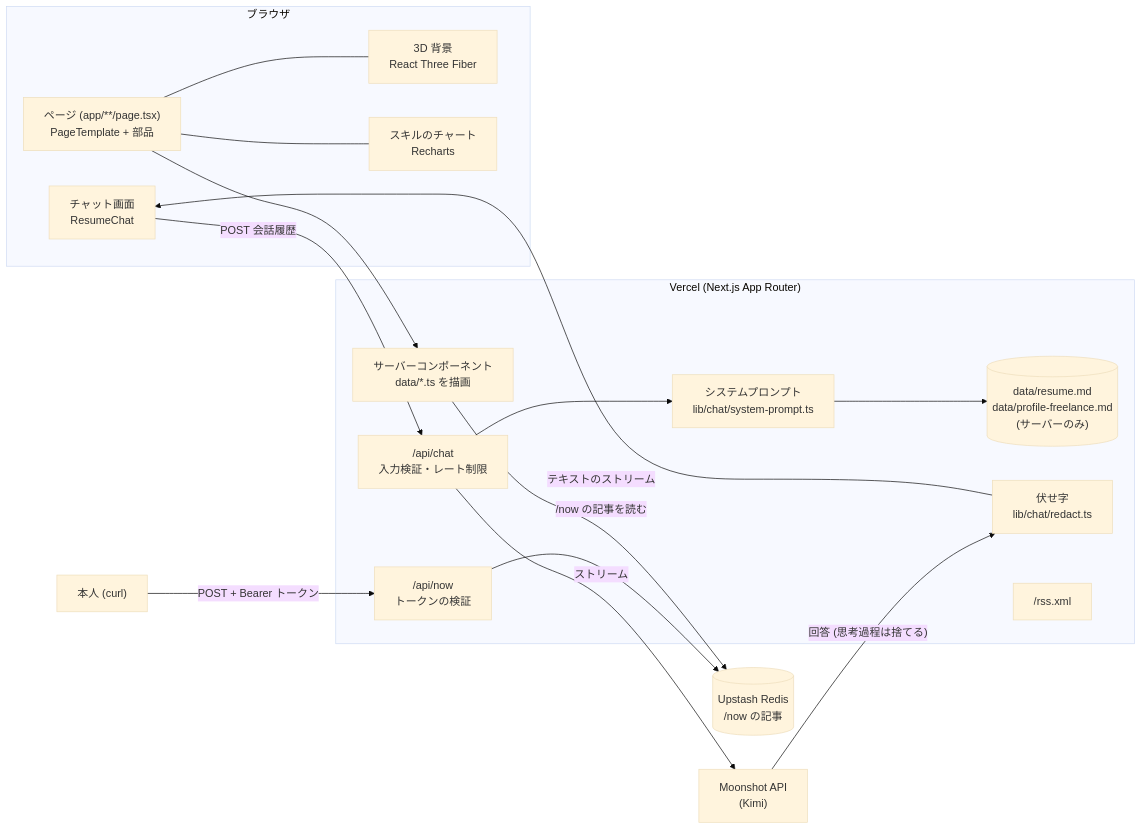
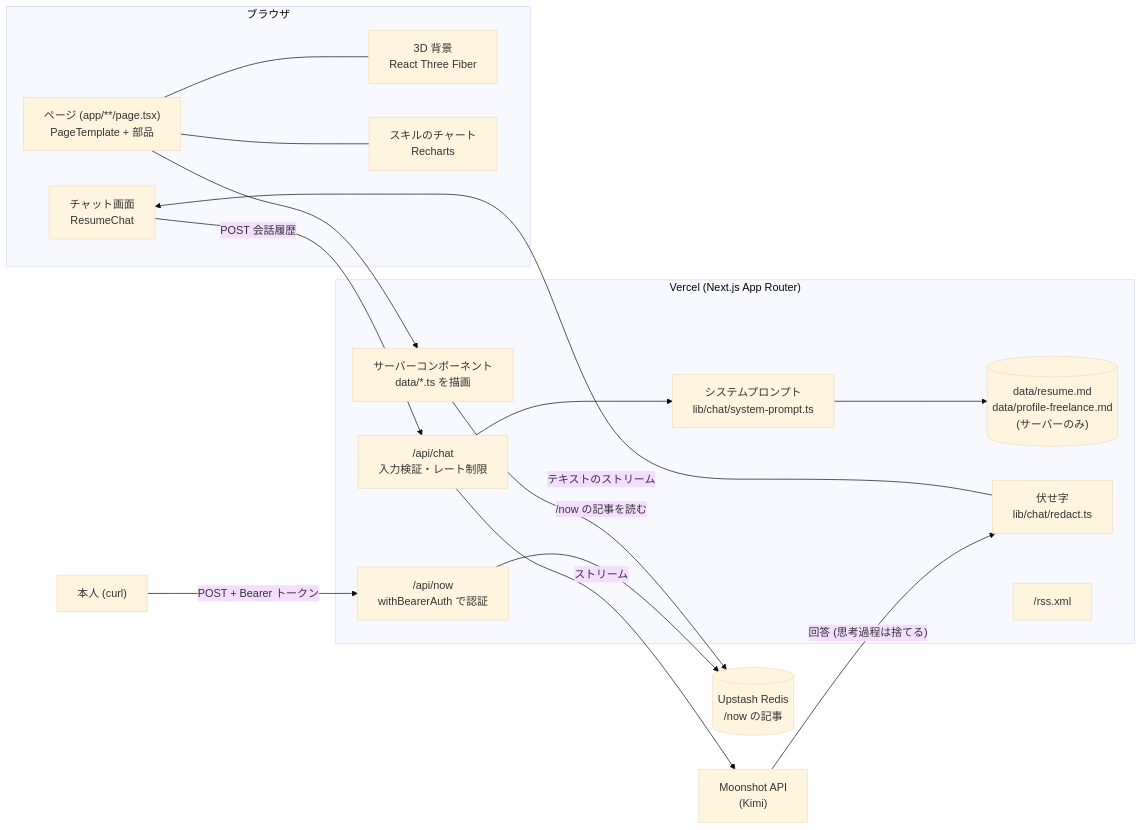
One commit to reeschan/my-portfolio-second changed the first of 2 diagrams in README.md. Above: the diagram before and after it, drawn with Mermaid (base theme). The commit also changed other lines of this file and 42 other files, not shown here.

````diff
--- a/README.md
+++ b/README.md
@@ -25,37 +25,37 @@
 ```mermaid
 flowchart LR
   subgraph Browser["ブラウザ"]
     UI["ページ (app/**/page.tsx)<br/>PageTemplate + 部品"]
     BG["3D 背景<br/>React Three Fiber"]
     Chart["スキルのチャート<br/>Recharts"]
     ChatUI["チャット画面<br/>ResumeChat"]
   end
 
   subgraph Vercel["Vercel (Next.js App Router)"]
     RSC["サーバーコンポーネント<br/>data/*.ts を描画"]
     ChatAPI["/api/chat<br/>入力検証・レート制限"]
     Prompt["システムプロンプト<br/>lib/chat/system-prompt.ts"]
     Docs[("data/resume.md<br/>data/profile-freelance.md<br/>(サーバーのみ)")]
     Redact["伏せ字<br/>lib/chat/redact.ts"]
     RSS["/rss.xml"]
-    NowAPI["/api/now<br/>トークンの検証"]
+    NowAPI["/api/now<br/>withBearerAuth で認証"]
   end
 
   Redis[("Upstash Redis<br/>/now の記事")]
   Author["本人 (curl)"]
 
   LLM["Moonshot API<br/>(Kimi)"]
 
   UI --> RSC
   UI --- BG
   UI --- Chart
   ChatUI -- "POST 会話履歴" --> ChatAPI
   ChatAPI --> Prompt
   Prompt --> Docs
   ChatAPI -- "ストリーム" --> LLM
   LLM -- "回答 (思考過程は捨てる)" --> Redact
   Redact -- "テキストのストリーム" --> ChatUI
   Author -- "POST + Bearer トークン" --> NowAPI
   NowAPI --> Redis
   RSC -- "/now の記事を読む" --> Redis
 ```
````
